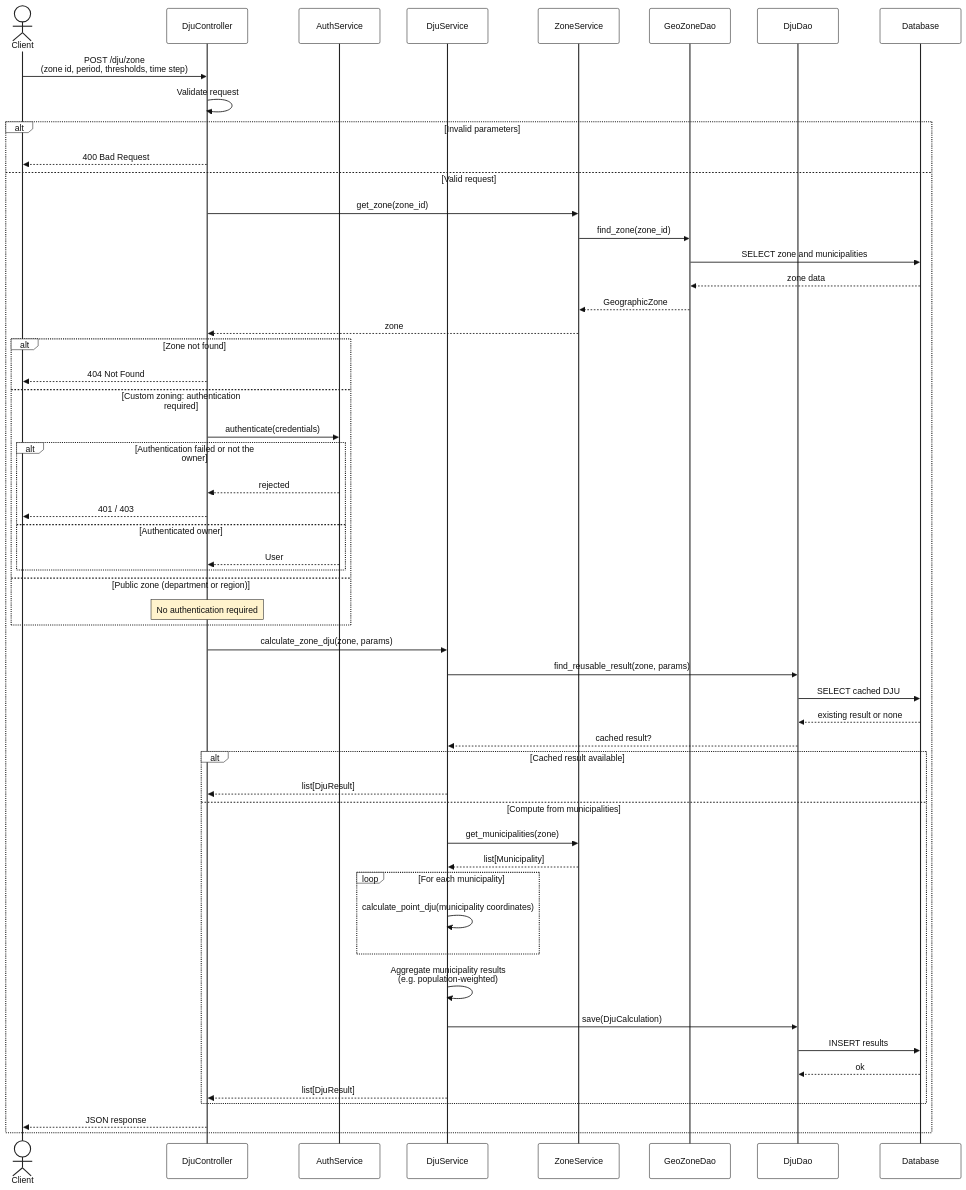
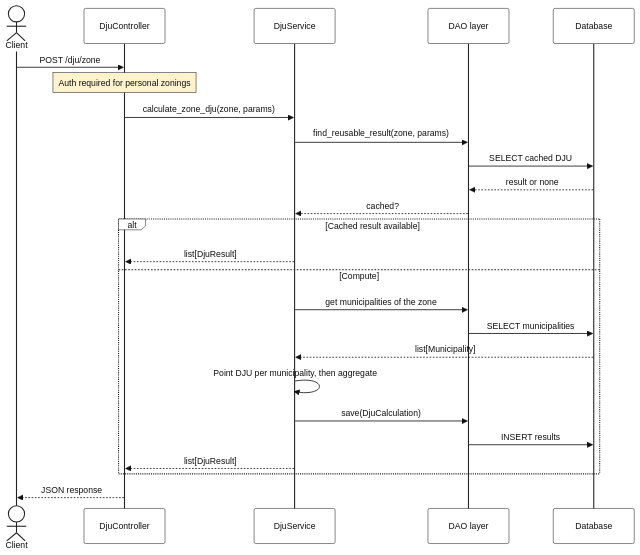
One commit to gabriel-dahan/ensai-it-project-2a-team12 changed the fourth of 8 diagrams in doc/sequence_diagram.md. Above: the diagram before and after it, drawn with Mermaid. The commit also changed other lines of this file and 18 other files, not shown here.

Commit message:
Simplified sequence diagrams

````diff
--- a/doc/sequence_diagram.md
+++ b/doc/sequence_diagram.md
@@ -286,65 +247,30 @@
 sequenceDiagram
     actor Client
     participant Controller as DjuController
-    participant AuthSvc as AuthService
-    participant DjuSvc as DjuService
-    participant ZoneSvc as ZoneService
-    participant ZoneDao as GeoZoneDao
-    participant DjuDao as DjuDao
+    participant Service as DjuService
+    participant DAO as DAO layer
     participant DB as Database
 
-    Client->>Controller: POST /dju/zone<br/>(zone id, period, thresholds, time step)
-    Controller->>Controller: Validate request
+    Client->>Controller: POST /dju/zone
+    Note over Controller: Auth required for personal zonings
+    Controller->>Service: calculate_zone_dju(zone, params)
 
-    alt Invalid parameters
-        Controller-->>Client: 400 Bad Request
-    else Valid request
-        Controller->>ZoneSvc: get_zone(zone_id)
-        ZoneSvc->>ZoneDao: find_zone(zone_id)
-        ZoneDao->>DB: SELECT zone and municipalities
-        DB-->>ZoneDao: zone data
-        ZoneDao-->>ZoneSvc: GeographicZone
-        ZoneSvc-->>Controller: zone
+    Service->>DAO: find_reusable_result(zone, params)
+    DAO->>DB: SELECT cached DJU
+    DB-->>DAO: result or none
+    DAO-->>Service: cached?
 
-        alt Zone not found
-            Controller-->>Client: 404 Not Found
-        else Custom zoning: authentication required
-            Controller->>AuthSvc: authenticate(credentials)
-            alt Authentication failed or not the owner
-                AuthSvc-->>Controller: rejected
-                Controller-->>Client: 401 / 403
-            else Authenticated owner
-                AuthSvc-->>Controller: User
-            end
-        else Public zone (department or region)
-            Note over Controller: No authentication required
-        end
+    alt Cached result available
+        Service-->>Controller: list[DjuResult]
+    else Compute
+        Service->>DAO: get municipalities of the zone
+        DAO->>DB: SELECT municipalities
+        DB-->>Service: list[Municipality]
+        Service->>Service: Point DJU per municipality, then aggregate
+        Service->>DAO: save(DjuCalculation)
+        DAO->>DB: INSERT results
+        Service-->>Controller: list[DjuResult]
+    end
 
-        Controller->>DjuSvc: calculate_zone_dju(zone, params)
-
-        DjuSvc->>DjuDao: find_reusable_result(zone, params)
-        DjuDao->>DB: SELECT cached DJU
-        DB-->>DjuDao: existing result or none
-        DjuDao-->>DjuSvc: cached result?
-
-        alt Cached result available
-            DjuSvc-->>Controller: list[DjuResult]
-        else Compute from municipalities
-            DjuSvc->>ZoneSvc: get_municipalities(zone)
-            ZoneSvc-->>DjuSvc: list[Municipality]
-
-            loop For each municipality
-                DjuSvc->>DjuSvc: calculate_point_dju(municipality coordinates)
-            end
-
-            DjuSvc->>DjuSvc: Aggregate municipality results<br/>(e.g. population-weighted)
-            DjuSvc->>DjuDao: save(DjuCalculation)
-            DjuDao->>DB: INSERT results
-            DB-->>DjuDao: ok
-
-            DjuSvc-->>Controller: list[DjuResult]
-        end
-
-        Controller-->>Client: JSON response
-    end
+    Controller-->>Client: JSON response
 ```
````
